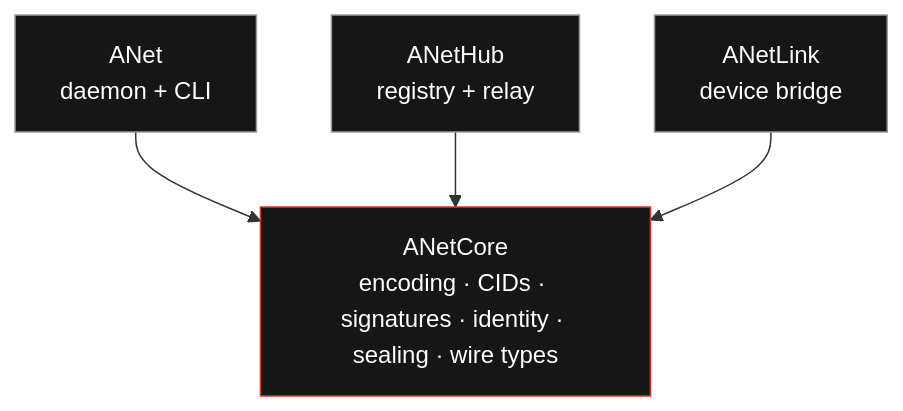
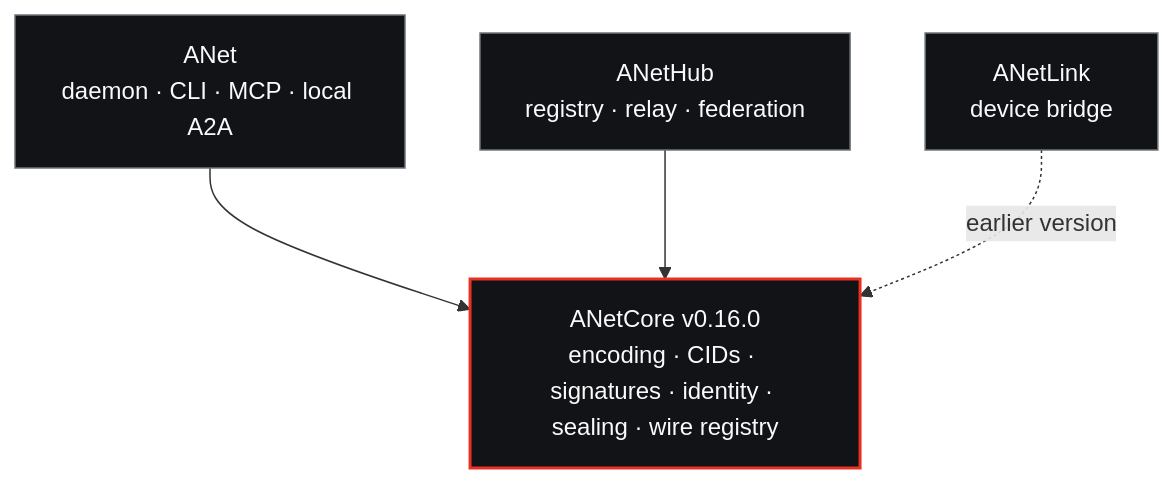
One commit to ANetResearch/ANetCore changed the diagram in README.md. Above: the diagram before and after it, drawn with Mermaid. The commit also changed other lines of this file and 1 other file, not shown here.

````diff
--- a/README.md
+++ b/README.md
@@ -31,12 +33,12 @@
 ```mermaid
 flowchart TB
-    anet["ANet<br/>daemon + CLI"] --> core
-    hub["ANetHub<br/>registry + relay"] --> core
-    link["ANetLink<br/>device bridge"] --> core
-    core["ANetCore<br/>encoding · CIDs · signatures · identity · sealing · wire types"]
+    anet["ANet<br/>daemon · CLI · MCP · local A2A"] --> core
+    hub["ANetHub<br/>registry · relay · federation"] --> core
+    link["ANetLink<br/>device bridge"] -. "earlier version" .-> core
+    core["ANetCore v0.16.0<br/>encoding · CIDs · signatures · identity · sealing · wire registry"]
 
-    classDef app fill:#161616,stroke:#9a9a9a,color:#ffffff
-    classDef kernel fill:#161616,stroke:#e0322d,color:#ffffff
+    classDef app fill:#111316,stroke:#6F747A,color:#F9FAFB
+    classDef kernel fill:#111316,stroke:#E93024,stroke-width:2px,color:#F9FAFB
     class anet,hub,link app
     class core kernel
 ```
````
